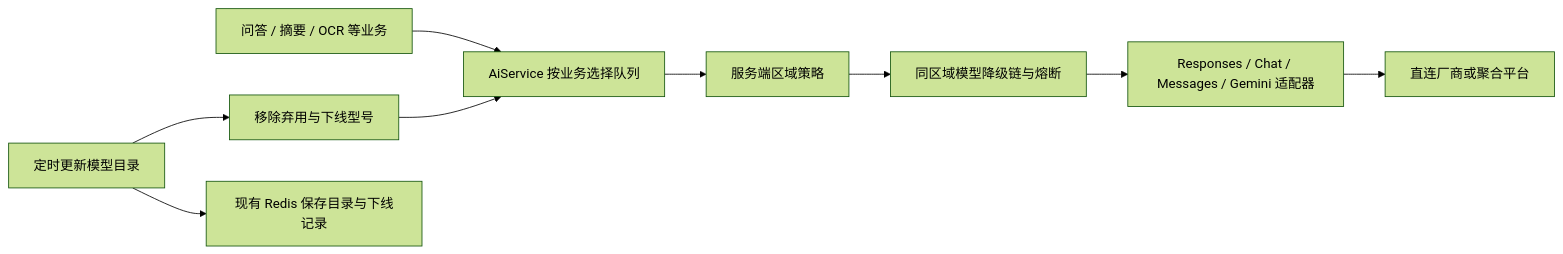
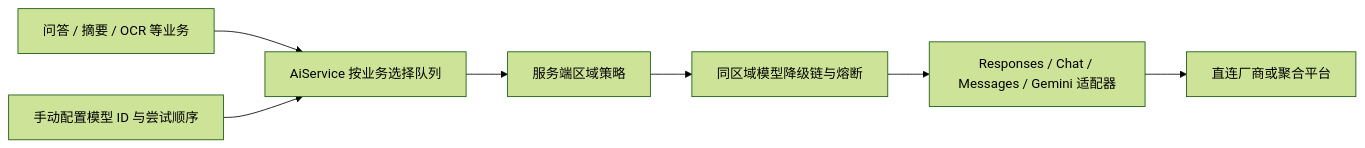
The diagram in docs/AI_SERVICES.zh-CN.md (GdeiAssistant/GdeiAssistant), drawn with Mermaid (forest theme) before and after one commit. The commit also changed other lines of this file and 13 other files, not shown here.

````diff
--- a/docs/AI_SERVICES.zh-CN.md
+++ b/docs/AI_SERVICES.zh-CN.md
@@ -7,11 +7,9 @@
 ```mermaid
 flowchart LR
   Business[问答 / 摘要 / OCR 等业务] --> Service[AiService 按业务选择队列]
   Service --> Policy[服务端区域策略]
   Policy --> Chain[同区域模型降级链与熔断]
   Chain --> Adapter[Responses / Chat / Messages / Gemini 适配器]
   Adapter --> Platform[直连厂商或聚合平台]
-  Catalog[定时更新模型目录] --> Lifecycle[移除弃用与下线型号]
-  Lifecycle --> Service
-  Catalog --> Redis[现有 Redis 保存目录与下线记录]
+  Config[手动配置模型 ID 与尝试顺序] --> Service
 ```
````
